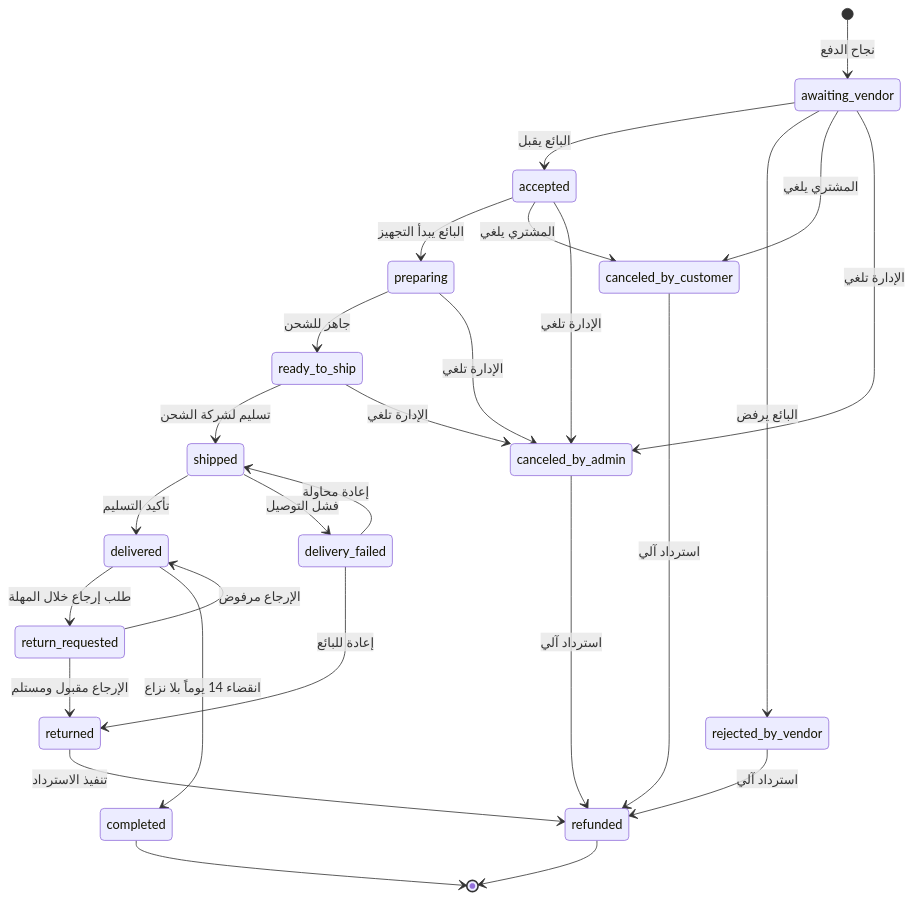
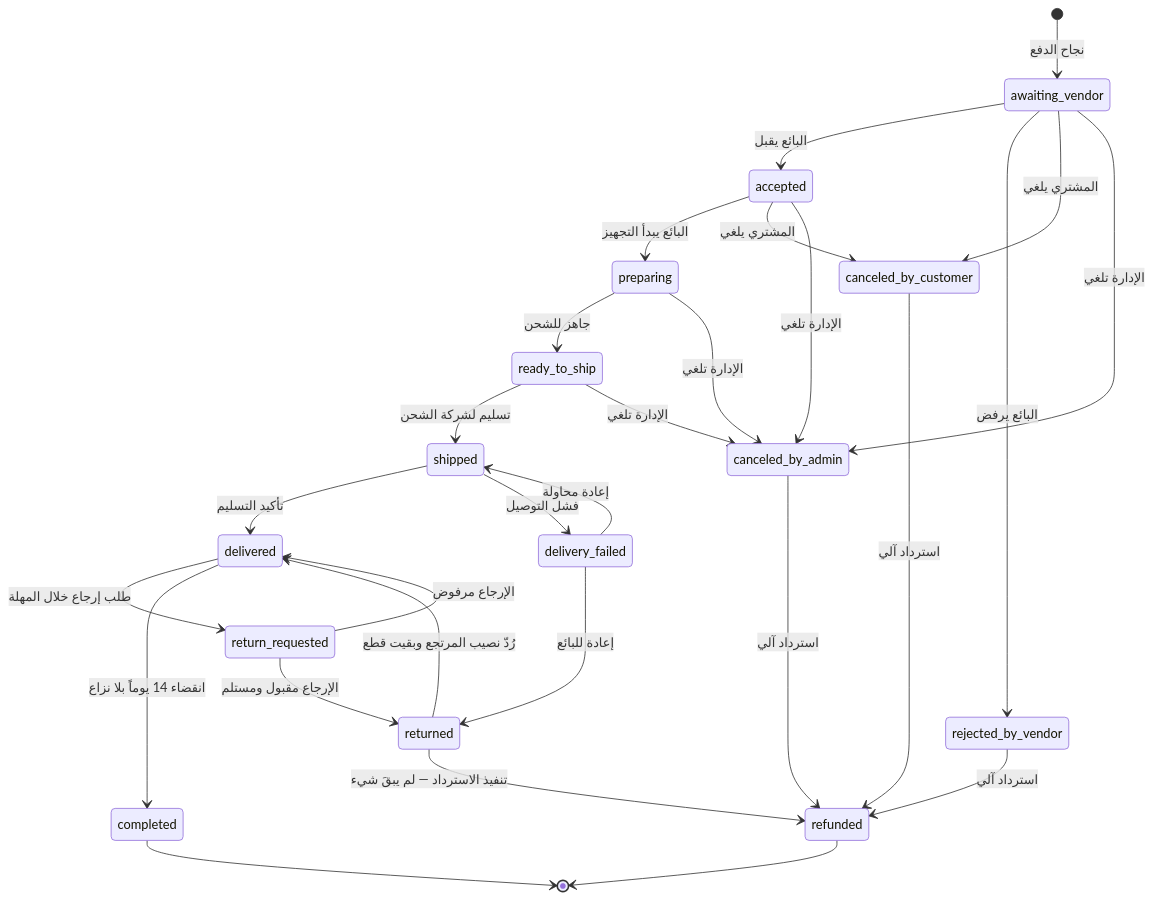
The first of 3 diagrams in docs/01-foundation/ORDER-STATES.md (Marwa-Samsom/basta), drawn with Mermaid before and after one commit. The commit also changed other lines of this file and 6 other files, not shown here.

````diff
--- a/docs/01-foundation/ORDER-STATES.md
+++ b/docs/01-foundation/ORDER-STATES.md
@@ -12,39 +12,40 @@
 ```mermaid
 stateDiagram-v2
     [*] --> awaiting_vendor : نجاح الدفع
     awaiting_vendor --> accepted : البائع يقبل
     awaiting_vendor --> rejected_by_vendor : البائع يرفض
     awaiting_vendor --> canceled_by_customer : المشتري يلغي
     awaiting_vendor --> canceled_by_admin : الإدارة تلغي
 
     accepted --> preparing : البائع يبدأ التجهيز
     accepted --> canceled_by_customer : المشتري يلغي
     accepted --> canceled_by_admin : الإدارة تلغي
 
     preparing --> ready_to_ship : جاهز للشحن
     preparing --> canceled_by_admin : الإدارة تلغي
 
     ready_to_ship --> shipped : تسليم لشركة الشحن
     ready_to_ship --> canceled_by_admin : الإدارة تلغي
 
     shipped --> delivered : تأكيد التسليم
     shipped --> delivery_failed : فشل التوصيل
 
     delivery_failed --> shipped : إعادة محاولة
     delivery_failed --> returned : إعادة للبائع
 
     delivered --> return_requested : طلب إرجاع خلال المهلة
     delivered --> completed : انقضاء 14 يوماً بلا نزاع
 
     return_requested --> returned : الإرجاع مقبول ومستلم
     return_requested --> delivered : الإرجاع مرفوض
 
-    returned --> refunded : تنفيذ الاسترداد
+    returned --> refunded : تنفيذ الاسترداد — لم يبقَ شيء
+    returned --> delivered : رُدّ نصيب المرتجع وبقيت قطع
 
     rejected_by_vendor --> refunded : استرداد آلي
     canceled_by_customer --> refunded : استرداد آلي
     canceled_by_admin --> refunded : استرداد آلي
 
     completed --> [*]
     refunded --> [*]
 ```
````
